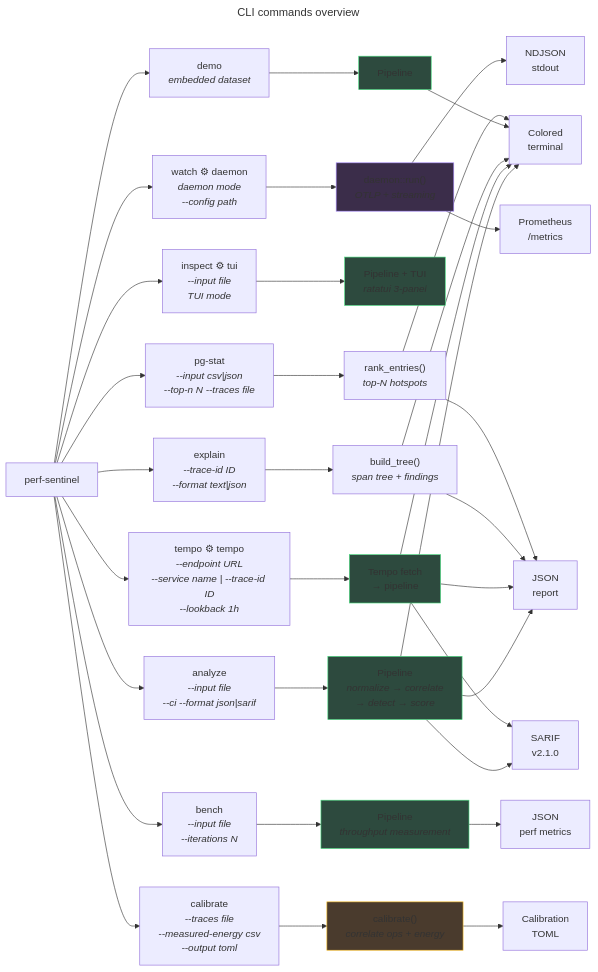
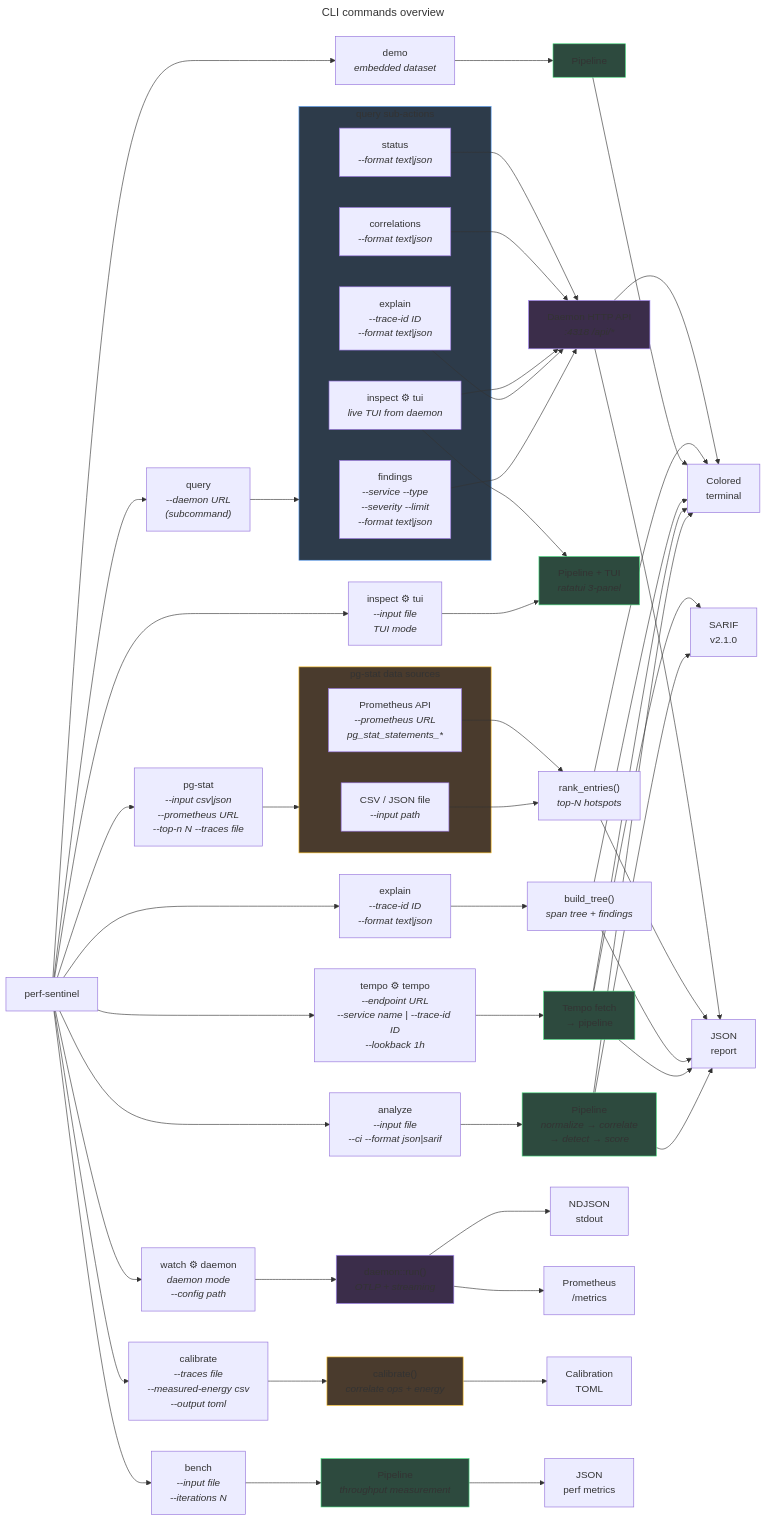
The diagram in docs/diagrams/mmd/cli-commands.mmd (robintra/perf-sentinel), drawn with Mermaid before and after one commit. The commit also changed 62 other files, not shown here.

```diff
--- a/docs/diagrams/mmd/cli-commands.mmd
+++ b/docs/diagrams/mmd/cli-commands.mmd
@@ -1,73 +1,104 @@
 ---
 title: CLI commands overview
 ---
 flowchart LR
     cli["perf-sentinel"]
 
     analyze["analyze<br/><i>--input file<br/>--ci --format json|sarif</i>"]
     explain["explain<br/><i>--trace-id ID<br/>--format text|json</i>"]
     inspect["inspect ⚙ tui<br/><i>--input file<br/>TUI mode</i>"]
     watch["watch ⚙ daemon<br/><i>daemon mode<br/>--config path</i>"]
     demo["demo<br/><i>embedded dataset</i>"]
     bench["bench<br/><i>--input file<br/>--iterations N</i>"]
-    pgstat["pg-stat<br/><i>--input csv|json<br/>--top-n N --traces file</i>"]
+    pgstat["pg-stat<br/><i>--input csv|json<br/>--prometheus URL<br/>--top-n N --traces file</i>"]
     tempo["tempo ⚙ tempo<br/><i>--endpoint URL<br/>--service name | --trace-id ID<br/>--lookback 1h</i>"]
     calibrate["calibrate<br/><i>--traces file<br/>--measured-energy csv<br/>--output toml</i>"]
+    query["query<br/><i>--daemon URL<br/>(subcommand)</i>"]
 
     analyze_pipeline["Pipeline<br/><i>normalize &rarr; correlate<br/>&rarr; detect &rarr; score</i>"]
     tempo_pipeline["Tempo fetch<br/>&rarr; pipeline"]
     inspect_pipeline["Pipeline + TUI<br/><i>ratatui 3-panel</i>"]
     demo_pipeline["Pipeline"]
     bench_pipeline["Pipeline<br/><i>throughput measurement</i>"]
     tree["build_tree()<br/><i>span tree + findings</i>"]
     daemon["daemon::run()<br/><i>OTLP + streaming</i>"]
     ranking["rank_entries()<br/><i>top-N hotspots</i>"]
     cal_engine["calibrate()<br/><i>correlate ops + energy</i>"]
 
+    subgraph pgstat_sources["pg-stat data sources"]
+        pg_file["CSV / JSON file<br/><i>--input path</i>"]
+        pg_prom["Prometheus API<br/><i>--prometheus URL<br/>pg_stat_statements_*</i>"]
+    end
+
+    subgraph query_actions["query sub-actions"]
+        q_findings["findings<br/><i>--service --type<br/>--severity --limit<br/>--format text|json</i>"]
+        q_explain["explain<br/><i>--trace-id ID<br/>--format text|json</i>"]
+        q_inspect["inspect ⚙ tui<br/><i>live TUI from daemon</i>"]
+        q_correlations["correlations<br/><i>--format text|json</i>"]
+        q_status["status<br/><i>--format text|json</i>"]
+    end
+
+    daemon_api["Daemon HTTP API<br/><i>:4318 /api/*</i>"]
+
     report_text["Colored<br/>terminal"]
     report_json["JSON<br/>report"]
     report_sarif["SARIF<br/>v2.1.0"]
     report_ndjson["NDJSON<br/>stdout"]
     report_metrics["Prometheus<br/>/metrics"]
     report_toml["Calibration<br/>TOML"]
     report_bench["JSON<br/>perf metrics"]
 
-    cli --> analyze & explain & inspect & watch & demo & bench & pgstat & tempo & calibrate
+    cli --> analyze & explain & inspect & watch & demo & bench & pgstat & tempo & calibrate & query
 
     analyze --> analyze_pipeline
     analyze_pipeline --> report_text
     analyze_pipeline --> report_json
     analyze_pipeline --> report_sarif
 
     tempo --> tempo_pipeline
     tempo_pipeline --> report_text
     tempo_pipeline --> report_json
     tempo_pipeline --> report_sarif
 
     explain --> tree
     tree --> report_text
     tree --> report_json
 
     inspect --> inspect_pipeline
 
     watch --> daemon
     daemon --> report_ndjson
     daemon --> report_metrics
 
     demo --> demo_pipeline --> report_text
 
     bench --> bench_pipeline --> report_bench
 
-    pgstat --> ranking
+    pgstat --> pgstat_sources
+    pg_file --> ranking
+    pg_prom --> ranking
     ranking --> report_text
     ranking --> report_json
 
     calibrate --> cal_engine --> report_toml
+
+    query --> query_actions
+    q_findings --> daemon_api
+    q_explain --> daemon_api
+    q_inspect --> daemon_api
+    q_correlations --> daemon_api
+    q_status --> daemon_api
+    daemon_api --> report_text
+    daemon_api --> report_json
+    q_inspect --> inspect_pipeline
 
     style analyze_pipeline fill:#2d4a3e,stroke:#4ade80
     style tempo_pipeline fill:#2d4a3e,stroke:#4ade80
     style demo_pipeline fill:#2d4a3e,stroke:#4ade80
     style bench_pipeline fill:#2d4a3e,stroke:#4ade80
     style inspect_pipeline fill:#2d4a3e,stroke:#4ade80
     style cal_engine fill:#4a3b2d,stroke:#fbbf24
     style daemon fill:#3b2d4a,stroke:#a78bfa
+    style query_actions fill:#2d3b4a,stroke:#60a5fa
+    style pgstat_sources fill:#4a3b2d,stroke:#fbbf24
+    style daemon_api fill:#3b2d4a,stroke:#a78bfa
```
